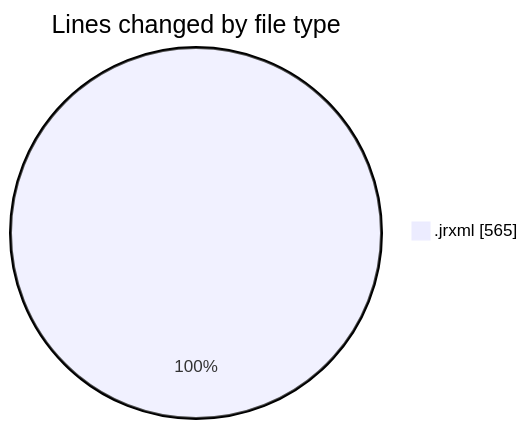
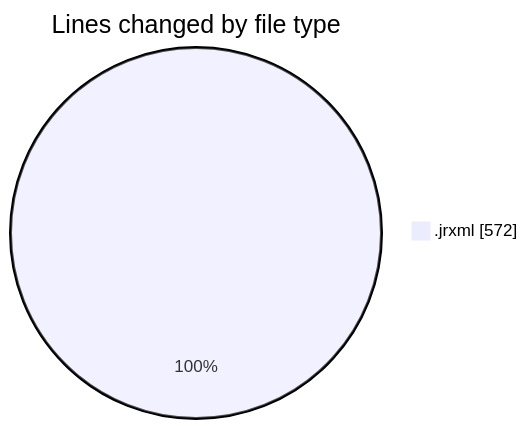
One commit to ricardozamudiocil/code-tracking changed the first of 2 diagrams in 2026-04-28/cilreports__workspace_/README.md. Above: the diagram before and after it, drawn with Mermaid. The commit also changed other lines of this file and 1 other file, not shown here.

````diff
--- a/2026-04-28/cilreports__workspace_/README.md
+++ b/2026-04-28/cilreports__workspace_/README.md
@@ -20,5 +20,5 @@
 ```mermaid
 pie showData
 title Lines changed by file type
-".jrxml" : 565
+".jrxml" : 572
 ```
````
